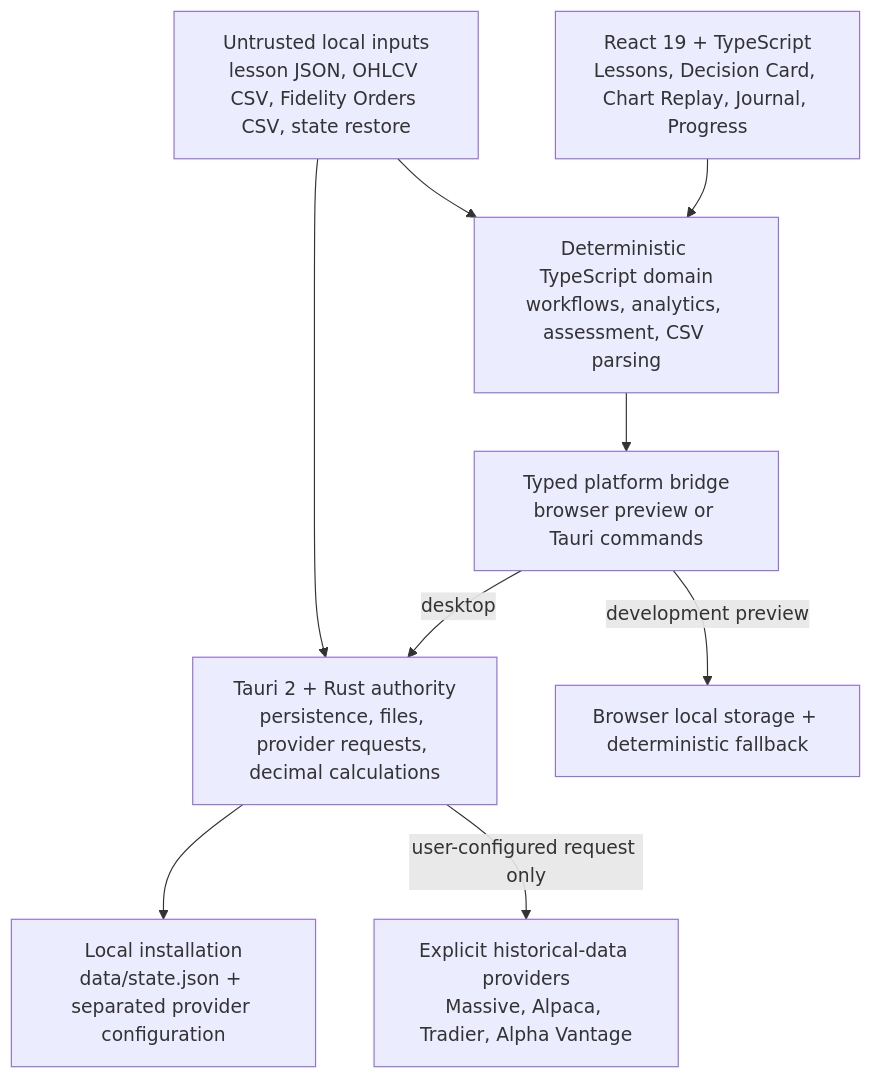
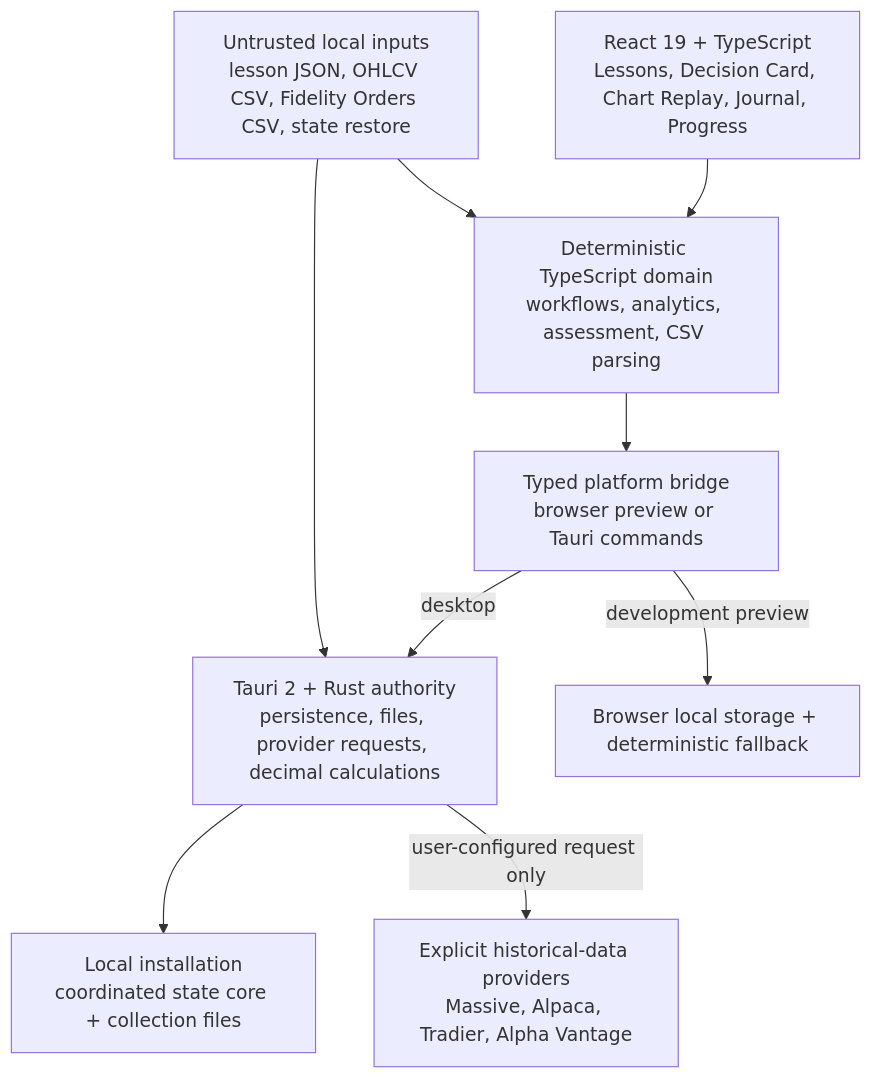
One commit to NouraldinFarge/day-trading-teacher changed the diagram in docs/architecture/overview.md. Above: the diagram before and after it, drawn with Mermaid. The commit also changed other lines of this file and 100 other files, not shown here.

````diff
--- a/docs/architecture/overview.md
+++ b/docs/architecture/overview.md
@@ -7,19 +7,19 @@
 ```mermaid
 flowchart TB
     UI["React 19 + TypeScript<br/>Lessons, Decision Card, Chart Replay, Journal, Progress"]
     Domain["Deterministic TypeScript domain<br/>workflows, analytics, assessment, CSV parsing"]
     Bridge["Typed platform bridge<br/>browser preview or Tauri commands"]
     Rust["Tauri 2 + Rust authority<br/>persistence, files, provider requests, decimal calculations"]
-    Local["Local installation<br/>data/state.json + separated provider configuration"]
+    Local["Local installation<br/>coordinated state core + collection files"]
     Inputs["Untrusted local inputs<br/>lesson JSON, OHLCV CSV, Fidelity Orders CSV, state restore"]
     Providers["Explicit historical-data providers<br/>Massive, Alpaca, Tradier, Alpha Vantage"]
 
     UI --> Domain
     Domain --> Bridge
     Bridge -->|"desktop"| Rust
     Bridge -->|"development preview"| Preview["Browser local storage + deterministic fallback"]
     Rust --> Local
     Inputs --> Domain
     Inputs --> Rust
     Rust -->|"user-configured request only"| Providers
 ```
````
